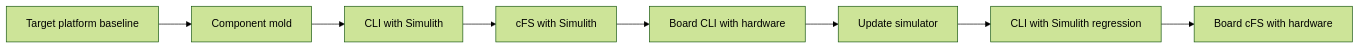
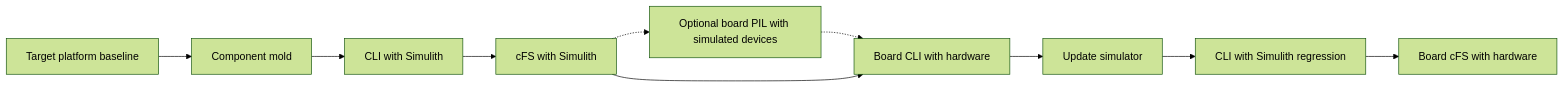
Before and after one commit to VoyagerTechnologies-Public/shire: the diagram in atlas/docs/scenarios/component-hardware-development.md, drawn with Mermaid (forest theme). The commit also changed other lines of this file and 515 other files, not shown here.

````diff
--- a/atlas/docs/scenarios/component-hardware-development.md
+++ b/atlas/docs/scenarios/component-hardware-development.md
@@ -12,10 +13,12 @@
 ```mermaid
 flowchart LR
     Target[Target platform baseline] --> Mold[Component mold]
     Mold --> CliSim[CLI with Simulith]
     CliSim --> CfsSim[cFS with Simulith]
+    CfsSim -.-> Pil[Optional board PIL with simulated devices]
+    Pil -.-> CliHw
     CfsSim --> CliHw[Board CLI with hardware]
     CliHw --> SimUpdate[Update simulator]
     SimUpdate --> CliRegression[CLI with Simulith regression]
     CliRegression --> CfsHw[Board cFS with hardware]
 ```
````
